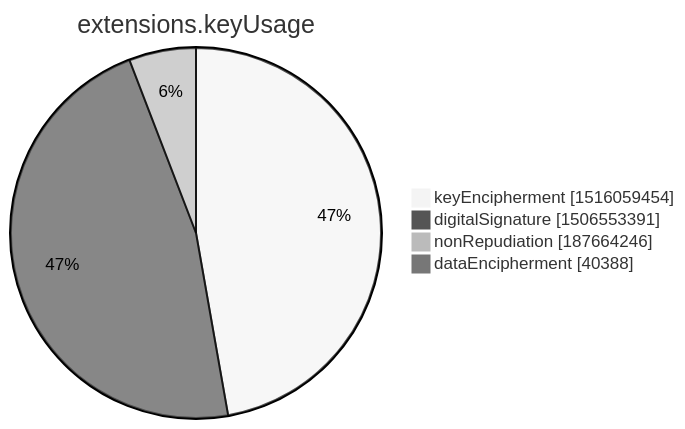
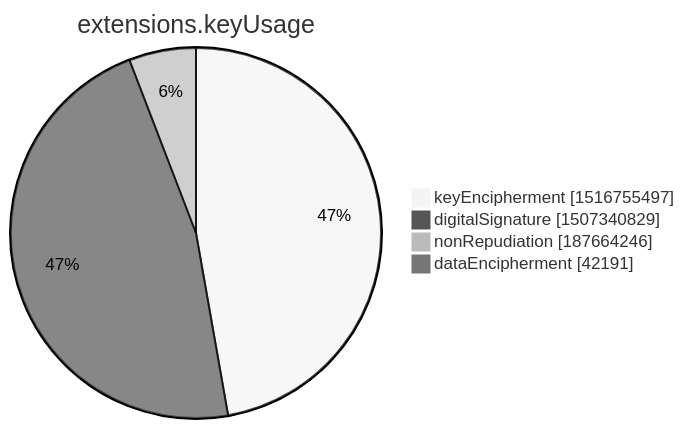
One commit to christiankrug/ctmonitor_visualization changed the seventh of 15 diagrams in xenon2022/README.md. Above: the diagram before and after it, drawn with Mermaid (neutral theme). The commit also changed other lines of this file, not shown here.

````diff
--- a/xenon2022/README.md
+++ b/xenon2022/README.md
@@ -2846,8 +2846,8 @@
 ```mermaid
 pie showData
 title extensions.keyUsage
-"keyEncipherment" :1516059454
-"digitalSignature" :1506553391
+"keyEncipherment" :1516755497
+"digitalSignature" :1507340829
 "nonRepudiation" :187664246
-"dataEncipherment" :40388
+"dataEncipherment" :42191
 ```
````
